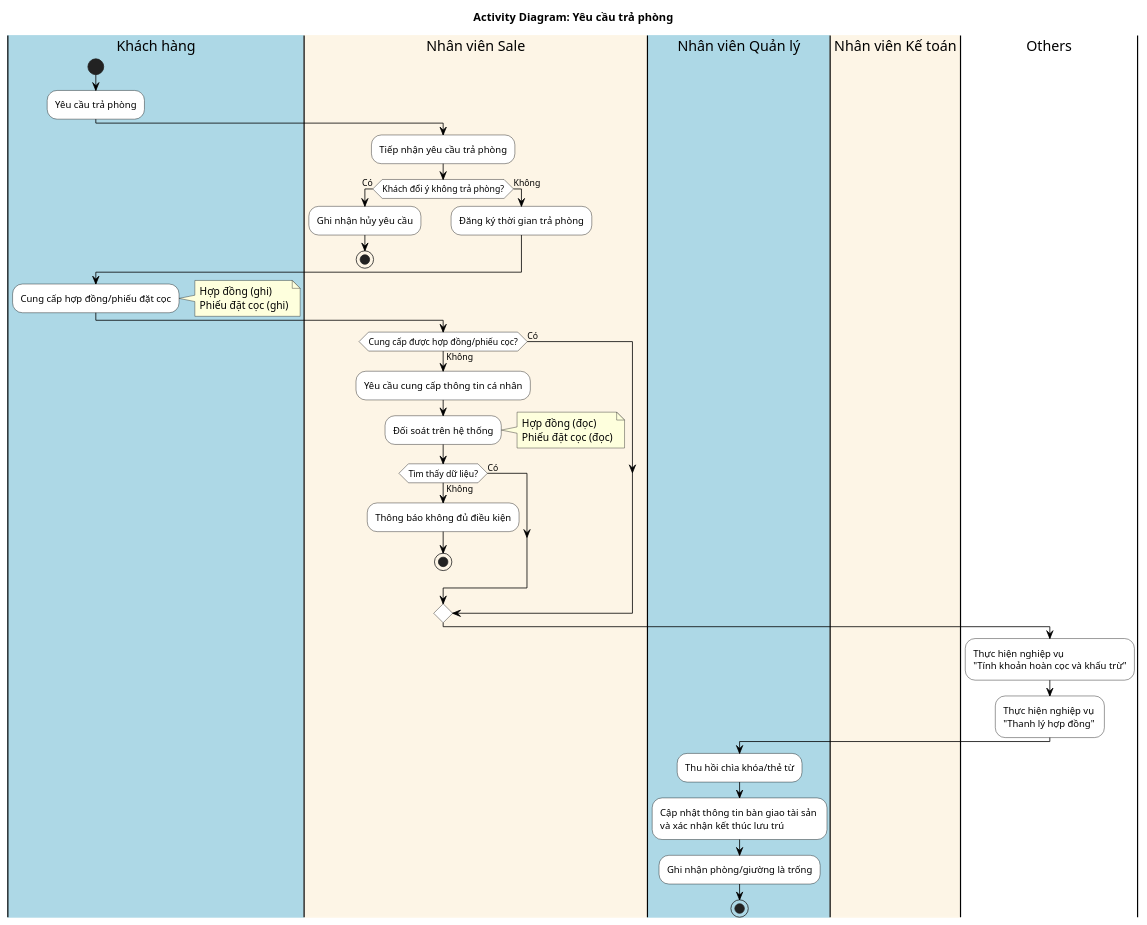
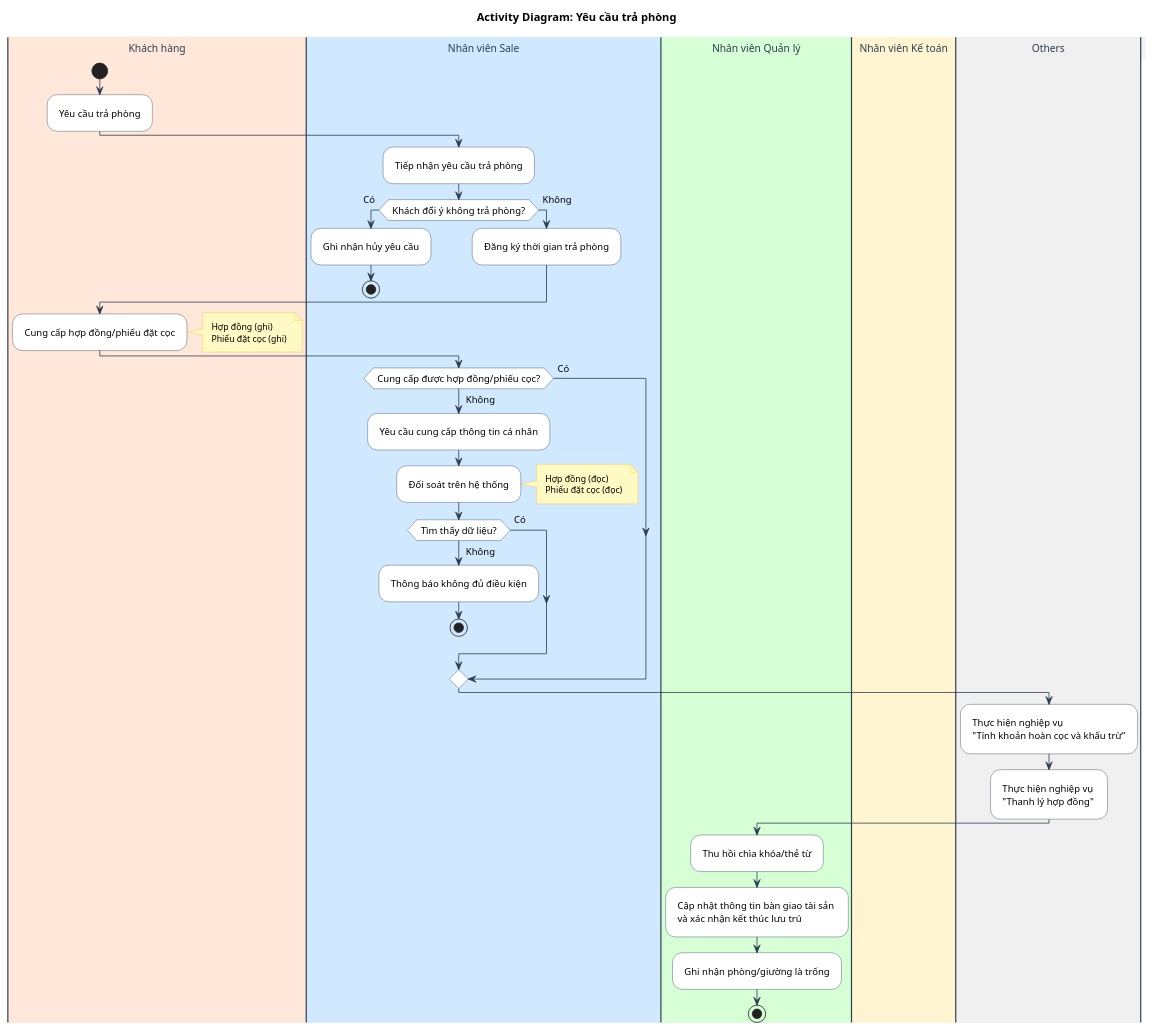
Before and after one commit to Gnourt812005/HCMUS-Analyze-and-desgin-IS: the diagram in doc/business/activity/yeu_cau_tra_phong.wsd, drawn with PlantUML. The commit also changed 11 other files, not shown here.

```diff
--- a/doc/business/activity/yeu_cau_tra_phong.wsd
+++ b/doc/business/activity/yeu_cau_tra_phong.wsd
@@ -1,69 +1,81 @@
-@startuml
+@startuml YeuCauTraPhong
 title Activity Diagram: Yêu cầu trả phòng
 
-' General config
-skinparam activity {
-    BackgroundColor White
-    BorderColor Black
-    ArrowColor Black
-}
-skinparam swimlane {
-    BorderColor Black
+' --- STYLE CONFIGURATION ---
+skinparam {
+    ActivityBackgroundColor White
+    ActivityBorderColor #2D3E50
+    ArrowColor #2D3E50
+    DefaultFontName "Arial"
+    DefaultFontSize 12
+    Padding 5
+
+    ' Swimlane styling
+    SwimlaneBorderColor #2D3E50
+    SwimlaneTitleBackgroundColor #F1F3F5
+    SwimlaneTitleFontSize 13
+    SwimlaneTitleFontColor #2D3E50
+    
+    ' Note styling
+    NoteBackgroundColor #FFF9C4
+    NoteBorderColor #FBC02D
+    NoteFontSize 11
 }
 
-' Swimlanes
-|#LightBlue|Khách hàng|
-|#OldLace|Nhân viên Sale|
-|#LightBlue|Nhân viên Quản lý|
-|#OldLace|Nhân viên Kế toán|
-|#White|Others|
+' --- SWIMLANES ---
+|#FFE7D9|Khách hàng|
+|#D1E9FF|Nhân viên Sale|
+|#D6FFD6|Nhân viên Quản lý|
+|#FFF5D1|Nhân viên Kế toán|
+|#F0F0F0|Others|
+
 
 ' Start
 |Khách hàng|
 start
 :Yêu cầu trả phòng;
 
 |Nhân viên Sale|
 :Tiếp nhận yêu cầu trả phòng;
 
 if (Khách đổi ý không trả phòng?) then (Có)
     :Ghi nhận hủy yêu cầu;
     stop
 else (Không)
     :Đăng ký thời gian trả phòng;
 endif
 
 |Khách hàng|
 :Cung cấp hợp đồng/phiếu đặt cọc;
 note right
         Hợp đồng (ghi)
         Phiếu đặt cọc (ghi)
 end note
 
 |Nhân viên Sale|
 if (Cung cấp được hợp đồng/phiếu cọc?) then (Không)
     :Yêu cầu cung cấp thông tin cá nhân;
     :Đối soát trên hệ thống;
     note right
         Hợp đồng (đọc)
         Phiếu đặt cọc (đọc)
     end note
     if (Tìm thấy dữ liệu?) then (Không)
         :Thông báo không đủ điều kiện;
         stop
     else (Có)
     endif
 else (Có)
 endif
 
 |Others|
 :Thực hiện nghiệp vụ \n"Tính khoản hoàn cọc và khấu trừ";
 :Thực hiện nghiệp vụ \n"Thanh lý hợp đồng";
 
 |Nhân viên Quản lý|
 :Thu hồi chìa khóa/thẻ từ;
 :Cập nhật thông tin bàn giao tài sản \nvà xác nhận kết thúc lưu trú;
 :Ghi nhận phòng/giường là trống;
 stop
 
 @enduml
```
